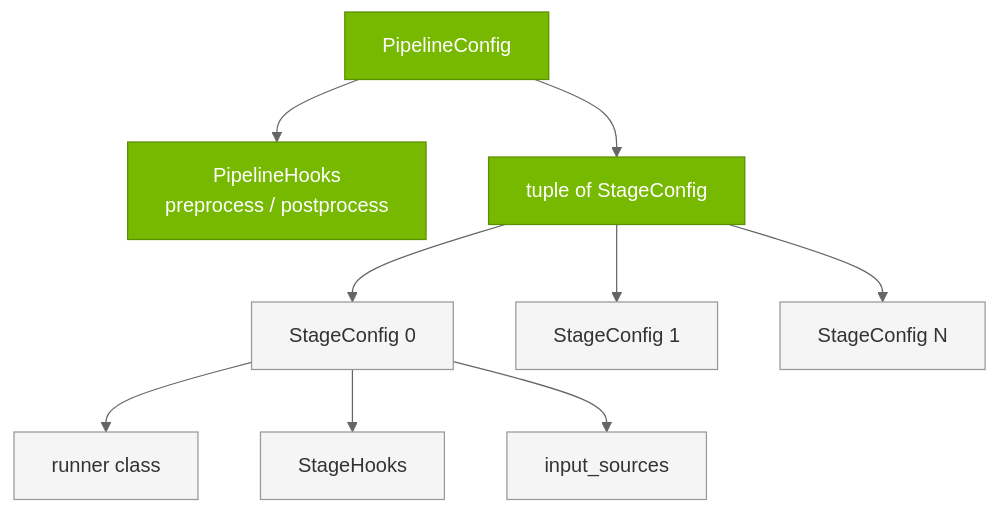
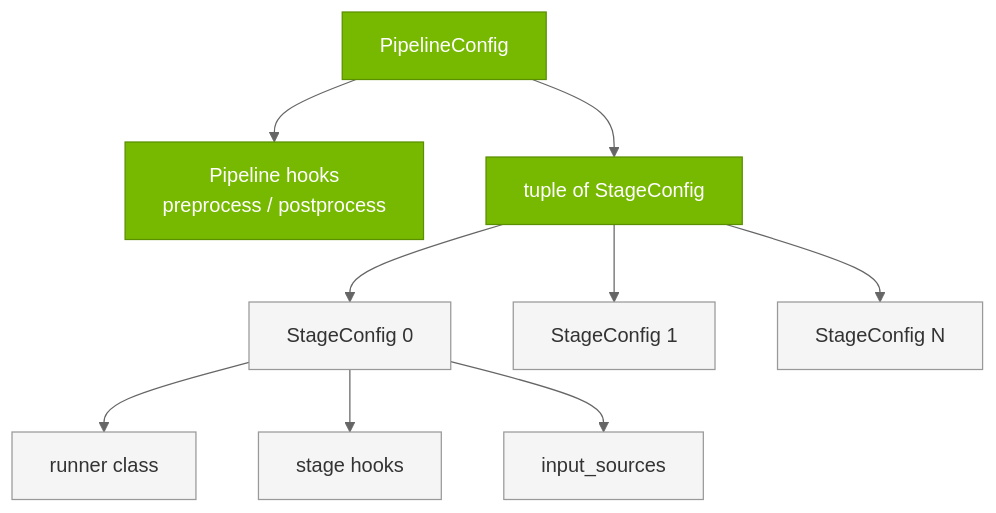
The second of 2 diagrams in docs/source/developer_guide/architecture/pipelines-and-stages.rst (micwill755/TRT-VLA-Lowering), drawn with Mermaid before and after one commit. The commit also changed other lines of this file and 98 other files, not shown here.

```diff
--- a/docs/source/developer_guide/architecture/pipelines-and-stages.rst
+++ b/docs/source/developer_guide/architecture/pipelines-and-stages.rst
@@ -87,26 +84,26 @@
 .. mermaid::
 
    %%{init: {'theme':'neutral', 'themeVariables': {'primaryColor':'#76B900','primaryTextColor':'#fff','primaryBorderColor':'#5a8f00','lineColor':'#666','edgeLabelBackground':'#ffffff','labelTextColor':'#000','clusterBkg':'#ffffff','clusterBorder':'#999'}}}%%
    graph TB
        PC[PipelineConfig]
-       PH[PipelineHooks<br/>preprocess / postprocess]
+       PH[Pipeline hooks<br/>preprocess / postprocess]
        STAGES[tuple of StageConfig]
        S0[StageConfig 0]
        S1[StageConfig 1]
        SN[StageConfig N]
 
        PC --> PH
        PC --> STAGES
        STAGES --> S0
        STAGES --> S1
        STAGES --> SN
 
        S0 --> R0[runner class]
-       S0 --> H0[StageHooks]
+       S0 --> H0[stage hooks]
        S0 --> IS0[input_sources]
 
        classDef nvNode fill:#76B900,stroke:#5a8f00,stroke-width:1px,color:#fff
        classDef greyNode fill:#f5f5f5,stroke:#999,stroke-width:1px,color:#333
 
        class PC,PH,STAGES nvNode
        class S0,S1,SN,R0,H0,IS0 greyNode
```
